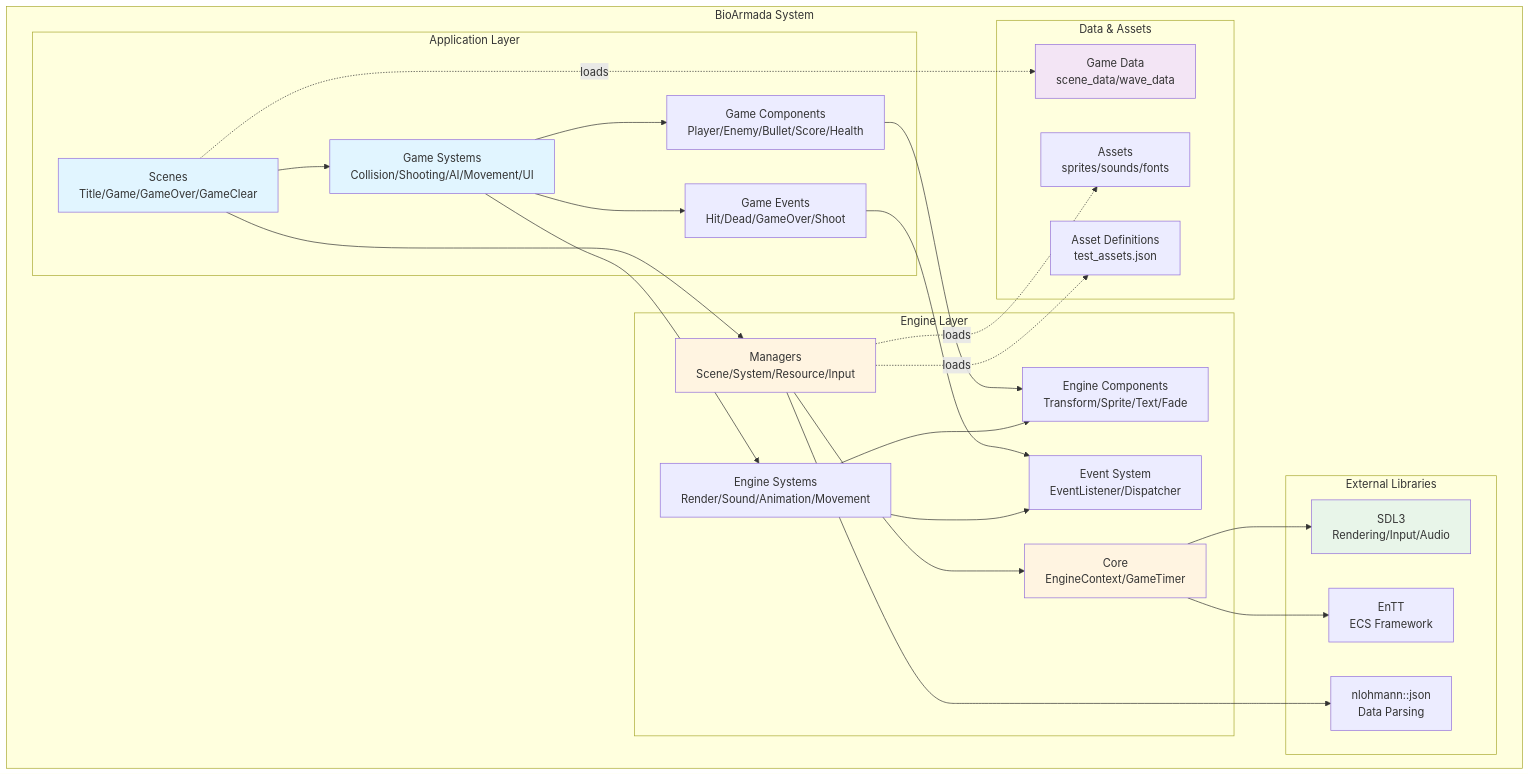
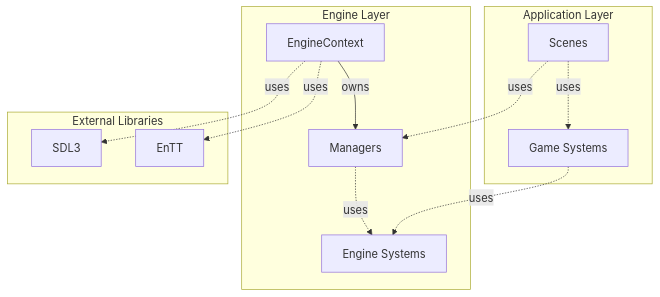
The first of 5 diagrams in docs/architecture.md (Siegward-of-Catarina/ShootingGame), drawn with Mermaid before and after one commit. The commit also changed other lines of this file, not shown here.

Commit message:
Simplify architecture diagrams and fix relationships per feedback

````diff
--- a/docs/architecture.md
+++ b/docs/architecture.md
@@ -19,59 +16,28 @@
 ```mermaid
 graph TB
-    subgraph "BioArmada System"
-        subgraph "Application Layer"
-            Scenes[Scenes<br/>Title/Game/GameOver/GameClear]
-            AppSystems[Game Systems<br/>Collision/Shooting/AI/Movement/UI]
-            AppComponents[Game Components<br/>Player/Enemy/Bullet/Score/Health]
-            AppEvents[Game Events<br/>Hit/Dead/GameOver/Shoot]
-        end
-        
-        subgraph "Engine Layer"
-            Core[Core<br/>EngineContext/GameTimer]
-            Managers[Managers<br/>Scene/System/Resource/Input]
-            EngineSystems[Engine Systems<br/>Render/Sound/Animation/Movement]
-            EngineComponents[Engine Components<br/>Transform/Sprite/Text/Fade]
-            Events[Event System<br/>EventListener/Dispatcher]
-        end
-        
-        subgraph "External Libraries"
-            SDL[SDL3<br/>Rendering/Input/Audio]
-            EnTT[EnTT<br/>ECS Framework]
-            JSON[nlohmann::json<br/>Data Parsing]
-        end
-        
-        subgraph "Data & Assets"
-            GameData[Game Data<br/>scene_data/wave_data]
-            Assets[Assets<br/>sprites/sounds/fonts]
-            AssetDef[Asset Definitions<br/>test_assets.json]
-        end
+    subgraph "Application Layer"
+        Scenes[Scenes]
+        AppSystems[Game Systems]
     end
     
-    Scenes --> Managers
-    Scenes --> AppSystems
-    AppSystems --> AppComponents
-    AppSystems --> AppEvents
+    subgraph "Engine Layer"
+        EC[EngineContext]
+        Managers[Managers]
+        EngineSystems[Engine Systems]
+    end
     
-    AppSystems --> EngineSystems
-    AppComponents --> EngineComponents
-    AppEvents --> Events
+    subgraph "External Libraries"
+        SDL[SDL3]
+        EnTT[EnTT]
+    end
     
-    Managers --> Core
-    EngineSystems --> EngineComponents
-    EngineSystems --> Events
+    Scenes -.uses.-> Managers
+    Scenes -.uses.-> AppSystems
+    AppSystems -.uses.-> EngineSystems
     
-    Core --> SDL
-    Core --> EnTT
-    Managers --> JSON
+    EC -->|owns| Managers
+    Managers -.uses.-> EngineSystems
     
-    Scenes -.loads.-> GameData
-    Managers -.loads.-> Assets
-    Managers -.loads.-> AssetDef
-    
-    style Scenes fill:#e1f5ff
-    style AppSystems fill:#e1f5ff
-    style Core fill:#fff4e1
-    style Managers fill:#fff4e1
-    style SDL fill:#e8f5e9
-    style GameData fill:#f3e5f5
+    EC -.uses.-> SDL
+    EC -.uses.-> EnTT
 ```
````
